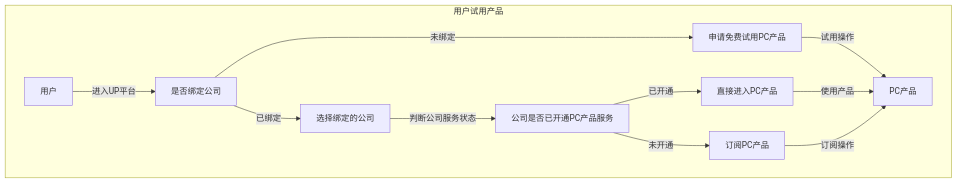
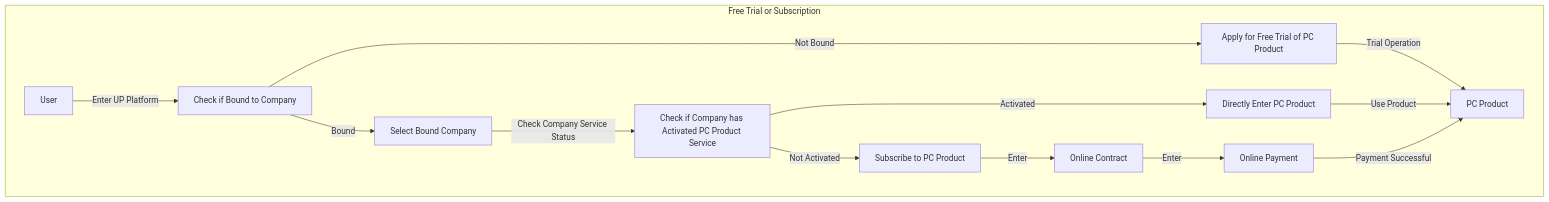
One commit to leonwgc/ant-admin-template changed the diagram in 试用产品.mmd. Above: the diagram before and after it, drawn with Mermaid. The commit also changed 1 other file, not shown here.

```diff
--- a/试用产品.mmd
+++ b/试用产品.mmd
@@ -1,12 +1,14 @@
 flowchart TD
-    subgraph 用户试用产品
-        用户[用户] -->|进入UP平台| 判断是否绑定公司[是否绑定公司]
-        判断是否绑定公司 -->|未绑定| 申请试用[申请免费试用PC产品]
-        申请试用 -->|试用操作| PC产品[PC产品]
-        判断是否绑定公司 -->|已绑定| 选择公司[选择绑定的公司]
-        选择公司 -->|判断公司服务状态| 判断公司是否开通[公司是否已开通PC产品服务]
-        判断公司是否开通 -->|已开通| 直接进入[直接进入PC产品]
-        直接进入 -->|使用产品| PC产品
-        判断公司是否开通 -->|未开通| 订阅产品[订阅PC产品]
-        订阅产品 -->|订阅操作| PC产品
+    subgraph Free Trial or Subscription
+        User[User] -->|Enter UP Platform| CheckIfBoundCompany[Check if Bound to Company]
+        CheckIfBoundCompany -->|Not Bound| ApplyForTrial[Apply for Free Trial of PC Product]
+        ApplyForTrial -->|Trial Operation| PCProduct[PC Product]
+        CheckIfBoundCompany -->|Bound| SelectCompany[Select Bound Company]
+        SelectCompany -->|Check Company Service Status| CheckIfCompanyActivated[Check if Company has Activated PC Product Service]
+        CheckIfCompanyActivated -->|Activated| DirectEntry[Directly Enter PC Product]
+        DirectEntry -->|Use Product| PCProduct
+        CheckIfCompanyActivated -->|Not Activated| SubscribeProduct[Subscribe to PC Product]
+        SubscribeProduct -->|Enter| OnlineContract[Online Contract]
+        OnlineContract -->|Enter| OnlinePayment[Online Payment]
+        OnlinePayment -->|Payment Successful| PCProduct
     end
```
